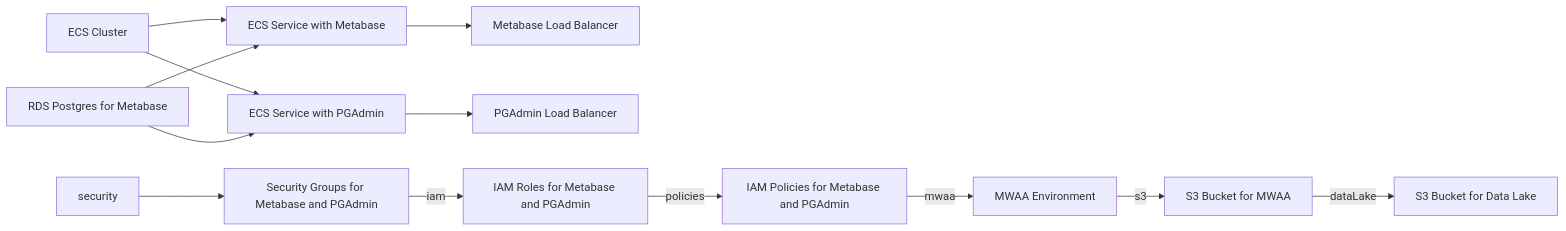
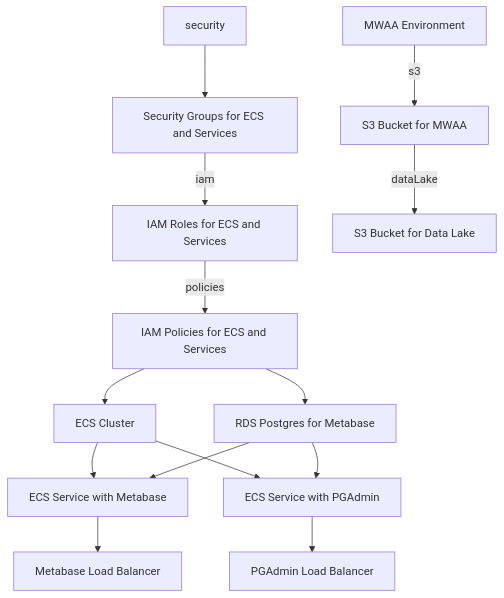
One commit to alfredosa/aws-infra-as-code changed the diagram in README.md. Above: the diagram before and after it, drawn with Mermaid.

````diff
--- a/README.md
+++ b/README.md
@@ -5,15 +5,20 @@
 ```mermaid
-graph LR
+graph TD
     A[ECS Cluster] --> B[ECS Service with Metabase]
     A --> C[ECS Service with PGAdmin]
     B --> E[Metabase Load Balancer]
     C --> F[PGAdmin Load Balancer]
     D[RDS Postgres for Metabase] --> B
     D --> C
-    AA[security] --> G[Security Groups for Metabase and PGAdmin]
-    G -- iam --> H[IAM Roles for Metabase and PGAdmin]
-    H -- policies --> I[IAM Policies for Metabase and PGAdmin]
-    I -- mwaa --> J[MWAA Environment]
+    
+    AA[security] --> G[Security Groups for ECS and Services]
+    G -- iam --> H[IAM Roles for ECS and Services]
+    H -- policies --> I[IAM Policies for ECS and Services]
+   
+    I --> A
+    I --> D 
+   
+    J[MWAA Environment]
     J -- s3 --> K[S3 Bucket for MWAA]
     K -- dataLake --> L[S3 Bucket for Data Lake]
 ```
````
